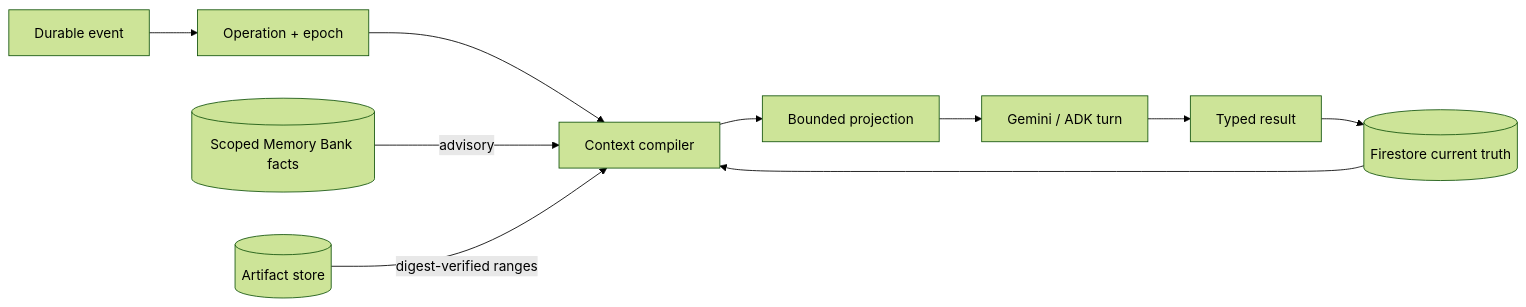
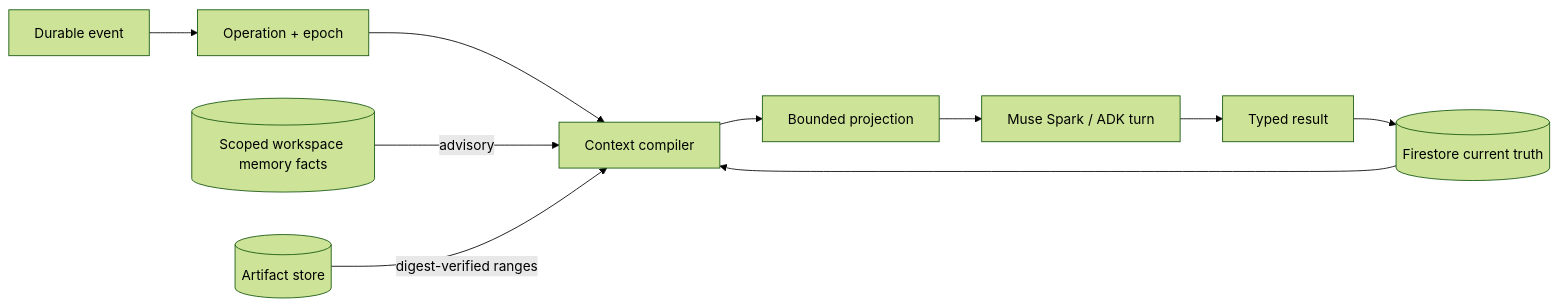
The diagram in docs/optimization/context-memory-continuity.mdx (danielAsaboro/harmonia-meta), drawn with Mermaid (forest theme) before and after one commit. The commit also changed other lines of this file and 53 other files, not shown here.

````diff
--- a/docs/optimization/context-memory-continuity.mdx
+++ b/docs/optimization/context-memory-continuity.mdx
@@ -71,12 +71,12 @@
 ```mermaid
 flowchart LR
     E[Durable event] --> O[Operation + epoch]
     O --> C[Context compiler]
     F[(Firestore current truth)] --> C
-    M[(Scoped Memory Bank facts)] -->|advisory| C
+    M[(Scoped workspace memory facts)] -->|advisory| C
     A[(Artifact store)] -->|digest-verified ranges| C
     C --> P[Bounded projection]
-    P --> G[Gemini / ADK turn]
+    P --> G[Muse Spark / ADK turn]
     G --> T[Typed result]
     T --> F
 ```
````
